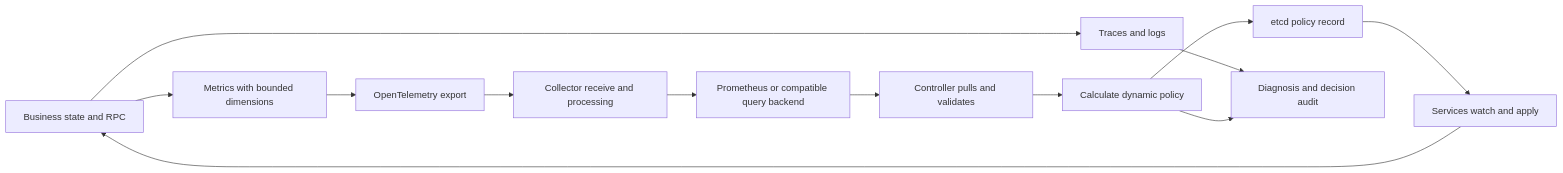
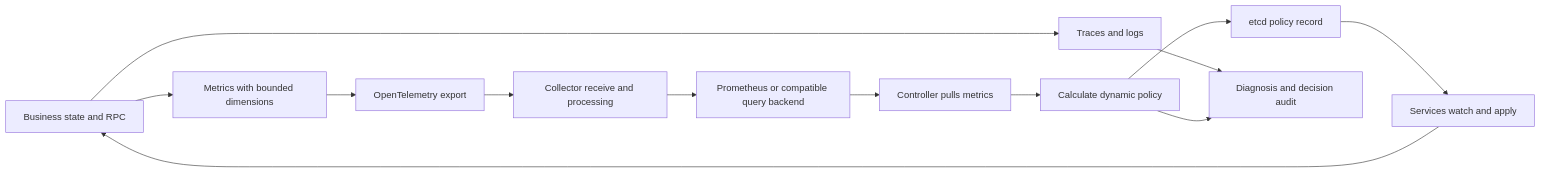
The diagram in doc/i18n/en/docusaurus-plugin-content-docs/current/whitepaper/observability-policy.md (atframework/atsf4g-co), drawn with Mermaid before and after one commit. The commit also changed other lines of this file and 45 other files, not shown here.

````diff
--- a/doc/i18n/en/docusaurus-plugin-content-docs/current/whitepaper/observability-policy.md
+++ b/doc/i18n/en/docusaurus-plugin-content-docs/current/whitepaper/observability-policy.md
@@ -28,15 +28,15 @@
 ```mermaid
 flowchart LR
     S[Business state and RPC] --> T[Traces and logs]
     S --> M[Metrics with bounded dimensions]
     M --> O[OpenTelemetry export]
     O --> C[Collector receive and processing]
     C --> P[Prometheus or compatible query backend]
-    P --> Q[Controller pulls and validates]
+    P --> Q[Controller pulls metrics]
     Q --> D[Calculate dynamic policy]
     D --> E[etcd policy record]
     E --> W[Services watch and apply]
     W --> S
     T --> A[Diagnosis and decision audit]
     D --> A
 ```
````
